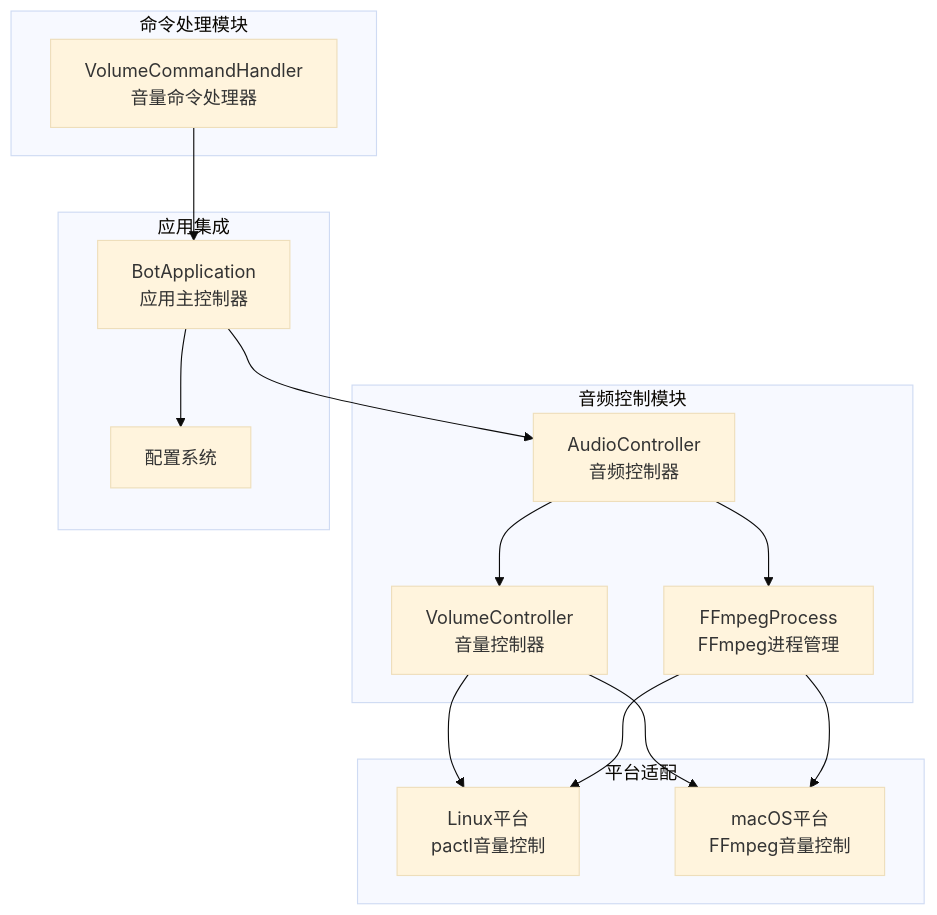
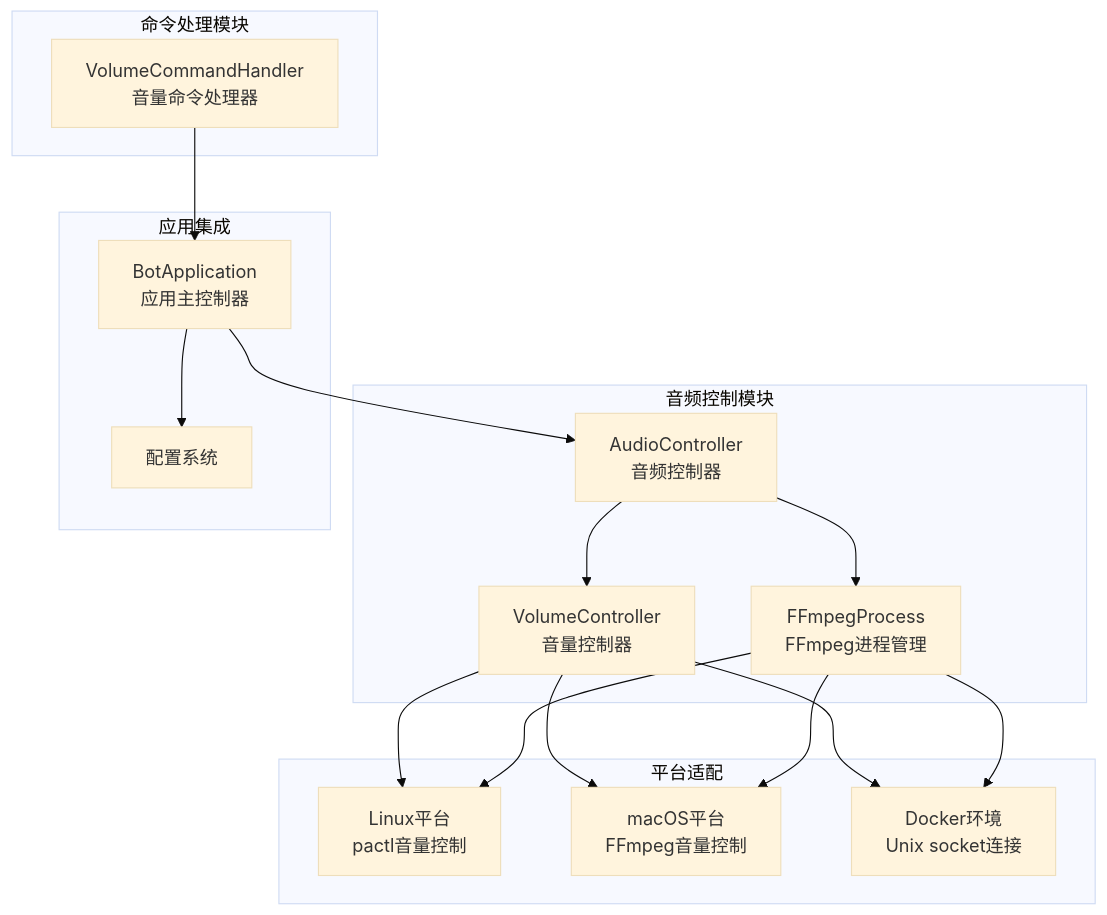
Before and after one commit to GhoulOwl/Teamspeak3_Bot: the first of 8 diagrams in .qoder/repowiki/zh/content/音乐播放系统/音量控制系统.md, drawn with Mermaid (base theme). The commit also changed other lines of this file and 6 other files, not shown here.

````diff
--- a/.qoder/repowiki/zh/content/音乐播放系统/音量控制系统.md
+++ b/.qoder/repowiki/zh/content/音乐播放系统/音量控制系统.md
@@ -45,28 +47,31 @@
 ```mermaid
 graph TB
 subgraph "音频控制模块"
 VC[VolumeController<br/>音量控制器]
 AC[AudioController<br/>音频控制器]
 FP[FFmpegProcess<br/>FFmpeg进程管理]
 end
 subgraph "命令处理模块"
 VCH[VolumeCommandHandler<br/>音量命令处理器]
 end
 subgraph "应用集成"
 APP[BotApplication<br/>应用主控制器]
 CFG[配置系统]
 end
 subgraph "平台适配"
 LINUX[Linux平台<br/>pactl音量控制]
 MACOS[macOS平台<br/>FFmpeg音量控制]
+DOCKER[Docker环境<br/>Unix socket连接]
 end
 VC --> LINUX
 VC --> MACOS
+VC --> DOCKER
 AC --> VC
 AC --> FP
 VCH --> APP
 APP --> AC
 APP --> CFG
 FP --> LINUX
 FP --> MACOS
+FP --> DOCKER
 ```
````
